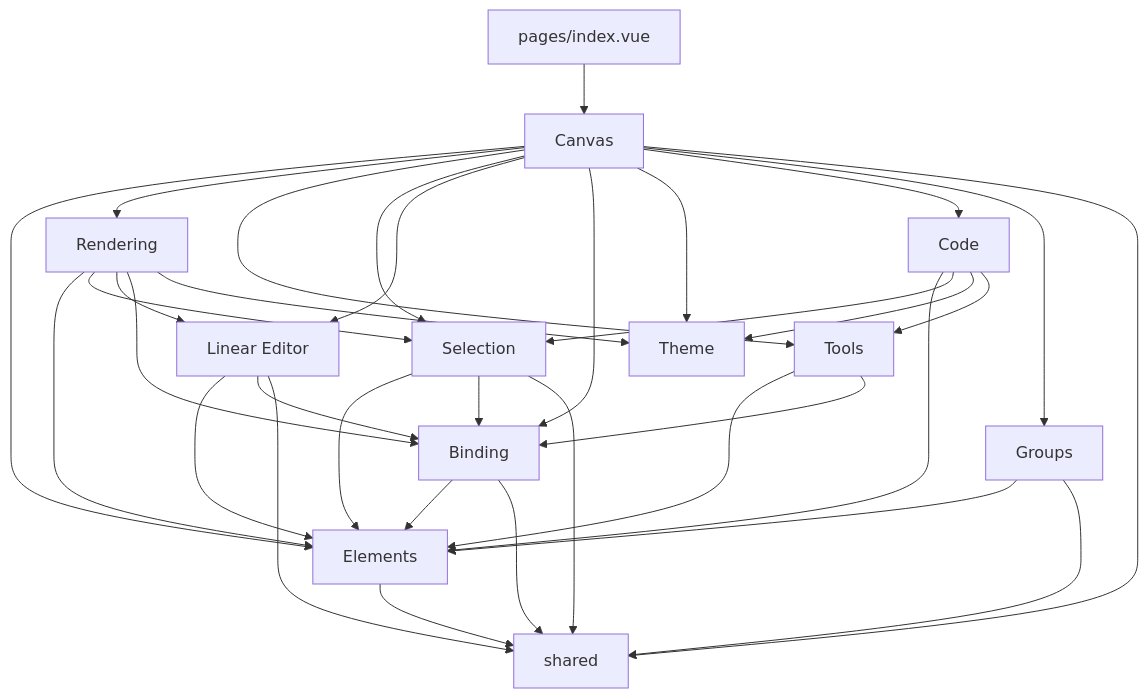
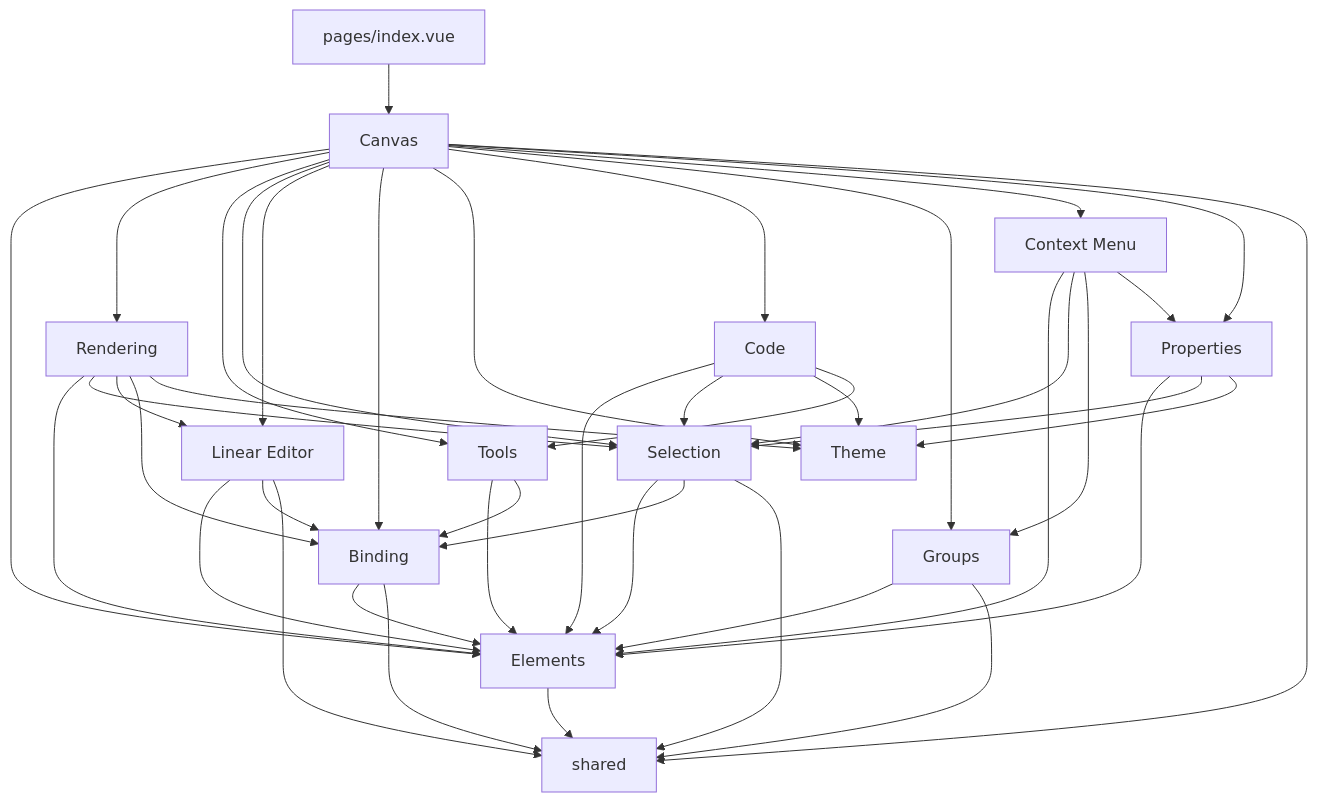
Before and after one commit to alexanderop/excalidrawNuxt: the diagram in docs/SYSTEM_KNOWLEDGE_MAP.md, drawn with Mermaid. The commit also changed other lines of this file and 31 other files, not shown here.

First line of the commit message:
feat(canvas): add context menu and properties panel

````diff
--- a/docs/SYSTEM_KNOWLEDGE_MAP.md
+++ b/docs/SYSTEM_KNOWLEDGE_MAP.md
@@ -24,44 +26,55 @@
 ```mermaid
 graph TD
     Pages[pages/index.vue] --> Canvas
     Canvas --> Elements
     Canvas --> Rendering
     Canvas --> Tools
     Canvas --> Selection
     Canvas --> LinearEditor[Linear Editor]
     Canvas --> Binding
     Canvas --> Theme
     Canvas --> Code
     Canvas --> Groups
+    Canvas --> ContextMenu[Context Menu]
+    Canvas --> Properties
+
+    ContextMenu --> Elements
+    ContextMenu --> Selection
+    ContextMenu --> Groups
+    ContextMenu --> Properties
+
+    Properties --> Elements
+    Properties --> Selection
+    Properties --> Theme
 
     Tools --> Elements
     Tools --> Binding
 
     Code --> Elements
     Code --> Selection
     Code --> Theme
     Code --> Tools
 
     Rendering --> Elements
     Rendering --> Selection
     Rendering --> LinearEditor
     Rendering --> Binding
     Rendering --> Theme
 
     Selection --> Elements
     Selection --> Binding
 
     LinearEditor --> Elements
     LinearEditor --> Binding
 
     Binding --> Elements
 
     Groups --> Elements
 
     Elements --> shared
     Canvas --> shared
     Selection --> shared
     LinearEditor --> shared
     Binding --> shared
     Groups --> shared
 ```
````
